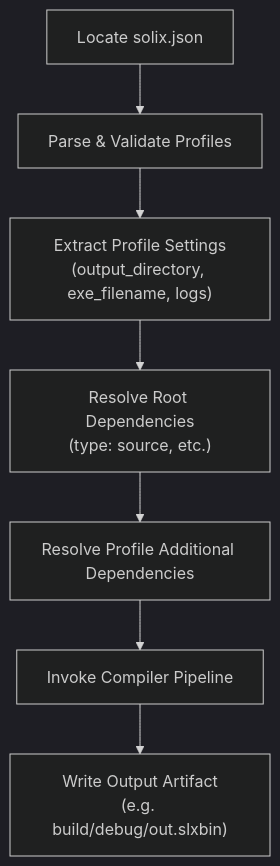
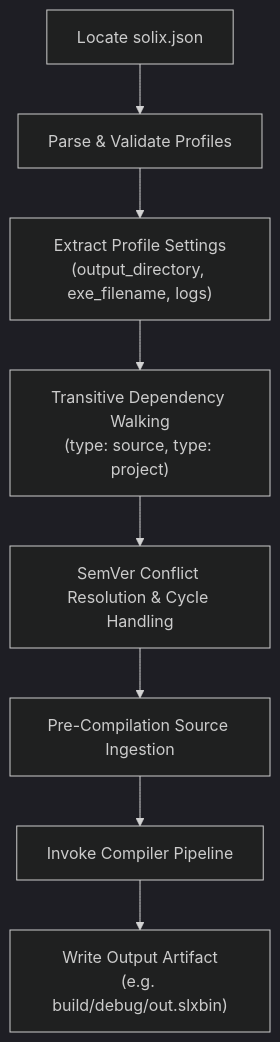
The diagram in docs/spec/cli/build.md (Jehudme/solix), drawn with Mermaid (dark theme) before and after one commit. The commit also changed other lines of this file and 2 other files, not shown here.

Commit message:
docs(cli): document project dependencies and SemVer resolution in build and manifest specs

````diff
--- a/docs/spec/cli/build.md
+++ b/docs/spec/cli/build.md
@@ -28,9 +28,10 @@
 ```mermaid
 flowchart TD
     A["Locate solix.json"] --> B["Parse & Validate Profiles"]
     B --> C["Extract Profile Settings<br>(output_directory, exe_filename, logs)"]
-    C --> D["Resolve Root Dependencies<br>(type: source, etc.)"]
-    D --> E["Resolve Profile Additional Dependencies"]
-    E --> F["Invoke Compiler Pipeline"]
-    F --> G["Write Output Artifact<br>(e.g. build/debug/out.slxbin)"]
+    C --> D["Transitive Dependency Walking<br>(type: source, type: project)"]
+    D --> E["SemVer Conflict Resolution & Cycle Handling"]
+    E --> F["Pre-Compilation Source Ingestion"]
+    F --> G["Invoke Compiler Pipeline"]
+    G --> H["Write Output Artifact<br>(e.g. build/debug/out.slxbin)"]
 ```
````
